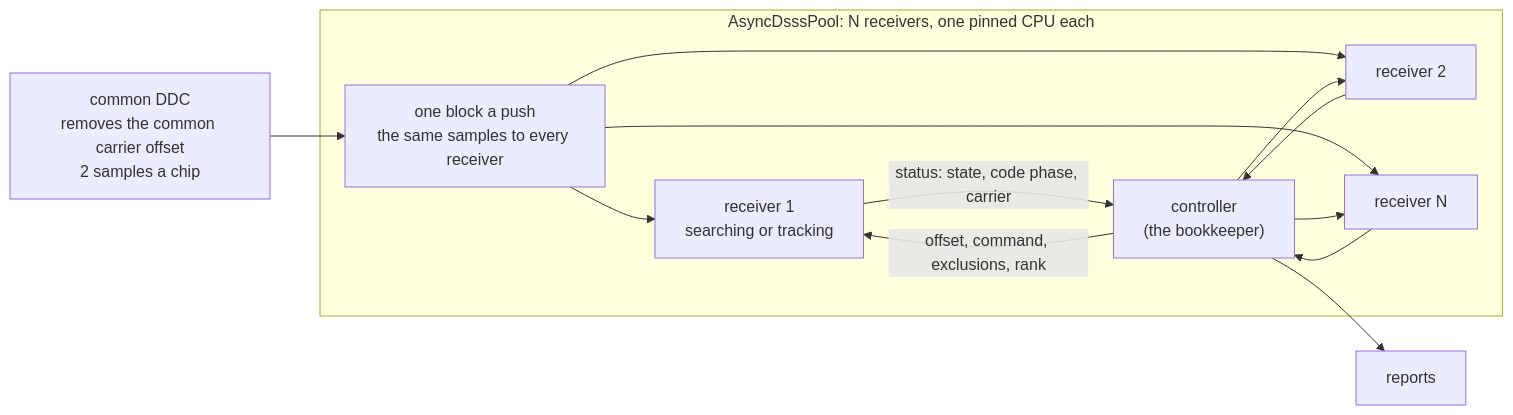
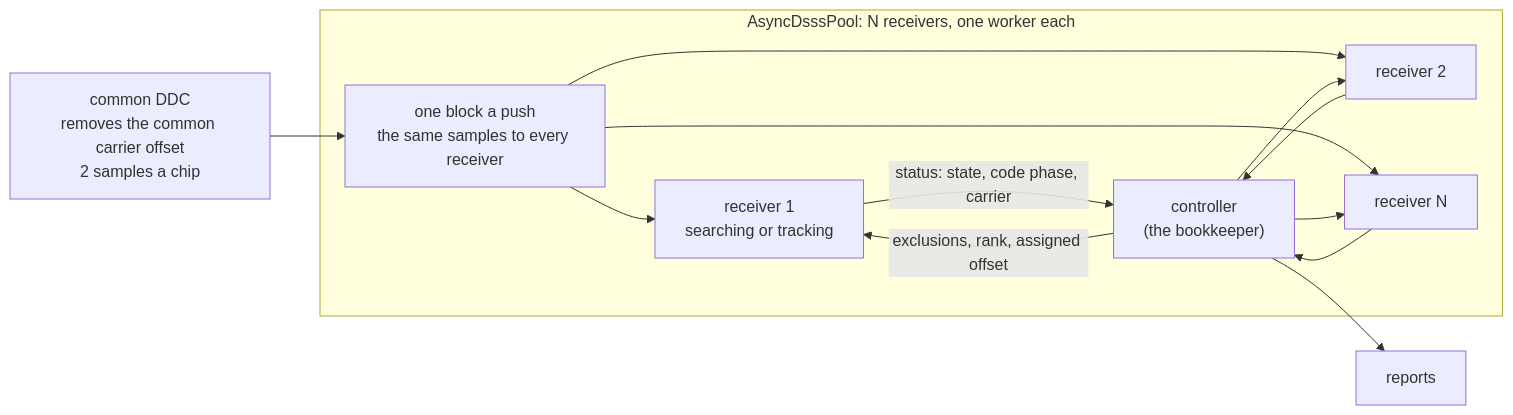
One commit to doppler-dsp/doppler changed the diagram in docs/design/async-dsss-parallel.md. Above: the diagram before and after it, drawn with Mermaid. The commit also changed other lines of this file, not shown here.

First line of the commit message:
docs(design): parallel DSSS receivers search the whole range; no tiling (#2453)

````diff
--- a/docs/design/async-dsss-parallel.md
+++ b/docs/design/async-dsss-parallel.md
@@ -65,16 +73,16 @@
 ```mermaid
 flowchart LR
     DDC["common DDC<br/>removes the common carrier offset<br/>2 samples a chip"] --> B["one block a push<br/>the same samples to every receiver"]
-    subgraph POOL["AsyncDsssPool: N receivers, one pinned CPU each"]
+    subgraph POOL["AsyncDsssPool: N receivers, one worker each"]
         B --> R1["receiver 1<br/>searching or tracking"]
         B --> R2["receiver 2"]
         B --> RN["receiver N"]
         R1 -->|"status: state, code phase, carrier"| C["controller<br/>(the bookkeeper)"]
         R2 --> C
         RN --> C
-        C -->|"offset, command, exclusions, rank"| R1
+        C -->|"exclusions, rank, assigned offset"| R1
         C --> R2
         C --> RN
     end
     C --> OUT["reports"]
 ```
````
